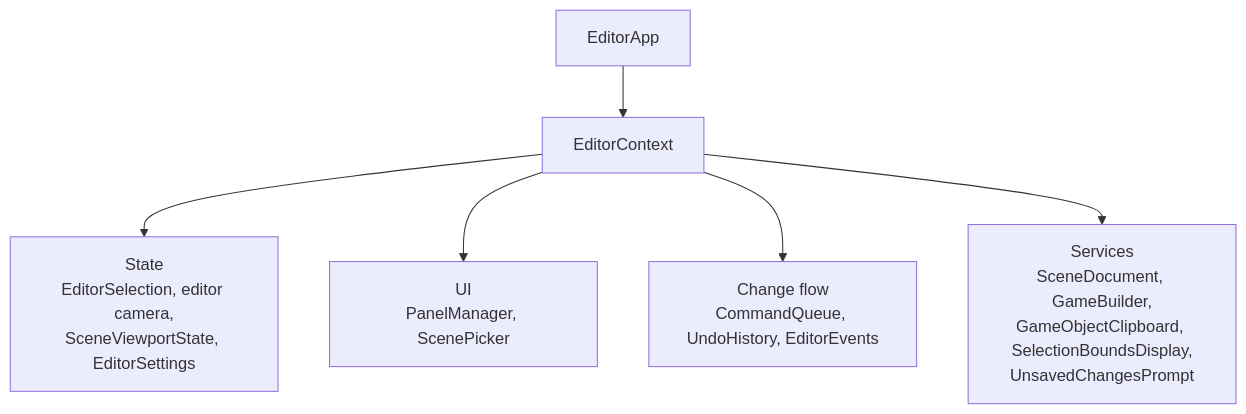
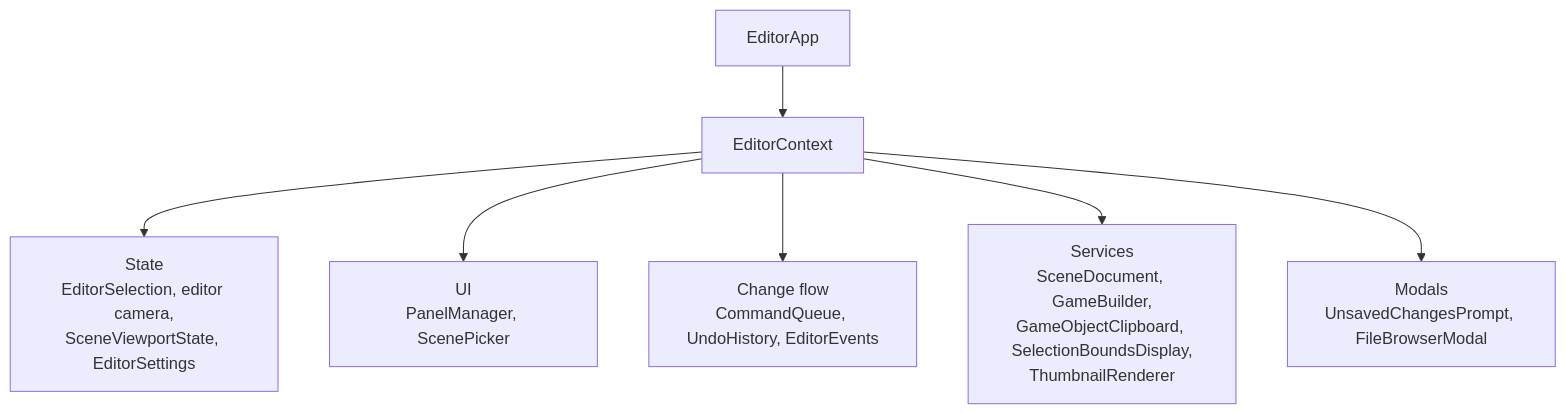
Before and after one commit to b1nary0/RZE: the first of 3 diagrams in Docs/Generated/Engine/07-Editor/Editor-Framework.md, drawn with Mermaid. The commit also changed other lines of this file and 22 other files, not shown here.

````diff
--- a/Docs/Generated/Engine/07-Editor/Editor-Framework.md
+++ b/Docs/Generated/Engine/07-Editor/Editor-Framework.md
@@ -18,9 +18,10 @@
 ```mermaid
 %%{init: {'flowchart': {'subGraphTitleMargin': {'top': 6, 'bottom': 10}}, 'themeCSS': '.labelBkg, .edgeLabel { background-color: var(--background-primary) !important; } .messageText, .labelText, .loopText { paint-order: stroke; stroke: var(--background-primary); stroke-width: 5px; stroke-linejoin: round; }'}}%%
 flowchart TD
     App["EditorApp"] --> Ctx["EditorContext"]
     Ctx --> State["State<br/>EditorSelection, editor camera,<br/>SceneViewportState, EditorSettings"]
     Ctx --> UI["UI<br/>PanelManager, ScenePicker"]
     Ctx --> Flow["Change flow<br/>CommandQueue, UndoHistory, EditorEvents"]
-    Ctx --> Svc["Services<br/>SceneDocument, GameBuilder,<br/>GameObjectClipboard, SelectionBoundsDisplay,<br/>UnsavedChangesPrompt"]
+    Ctx --> Svc["Services<br/>SceneDocument, GameBuilder,<br/>GameObjectClipboard, SelectionBoundsDisplay,<br/>ThumbnailRenderer"]
+    Ctx --> Modals["Modals<br/>UnsavedChangesPrompt, FileBrowserModal"]
 ```
````
